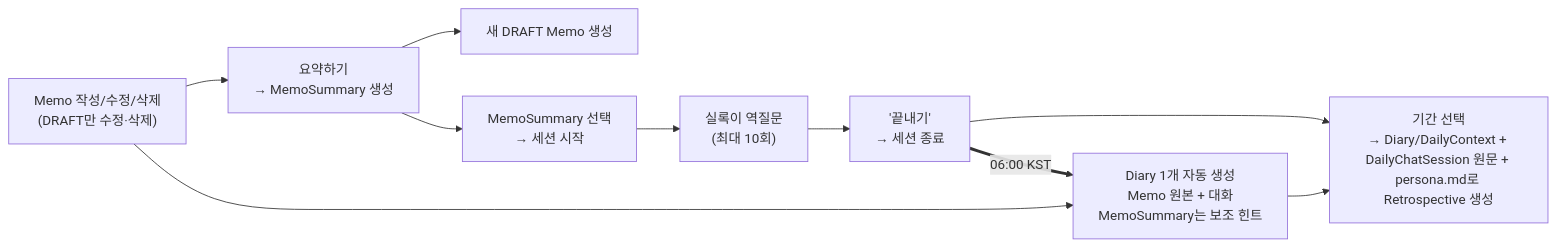
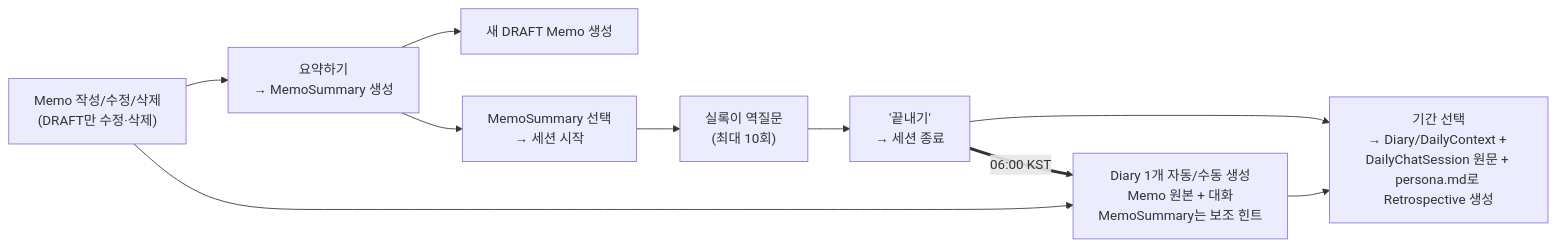
Before and after one commit to my-girin-log/girin-log-harness: the sixth of 7 diagrams in README.md, drawn with Mermaid. The commit also changed other lines of this file and 9 other files, not shown here.

````diff
--- a/README.md
+++ b/README.md
@@ -203,12 +203,12 @@
 ```mermaid
 flowchart LR
     M["Memo 작성/수정/삭제<br/>(DRAFT만 수정·삭제)"] --> MS["요약하기<br/>→ MemoSummary 생성"]
     MS --> NM["새 DRAFT Memo 생성"]
     MS --> S["MemoSummary 선택<br/>→ 세션 시작"]
     S --> Q["실록이 역질문<br/>(최대 10회)"]
     Q --> E["'끝내기'<br/>→ 세션 종료"]
-    M --> D["Diary 1개 자동 생성<br/>Memo 원본 + 대화<br/>MemoSummary는 보조 힌트"]
+    M --> D["Diary 1개 자동/수동 생성<br/>Memo 원본 + 대화<br/>MemoSummary는 보조 힌트"]
     E ==>|"06:00 KST"| D
     D --> R["기간 선택<br/>→ Diary/DailyContext + DailyChatSession 원문 + persona.md로 Retrospective 생성"]
     E --> R
 ```
````
